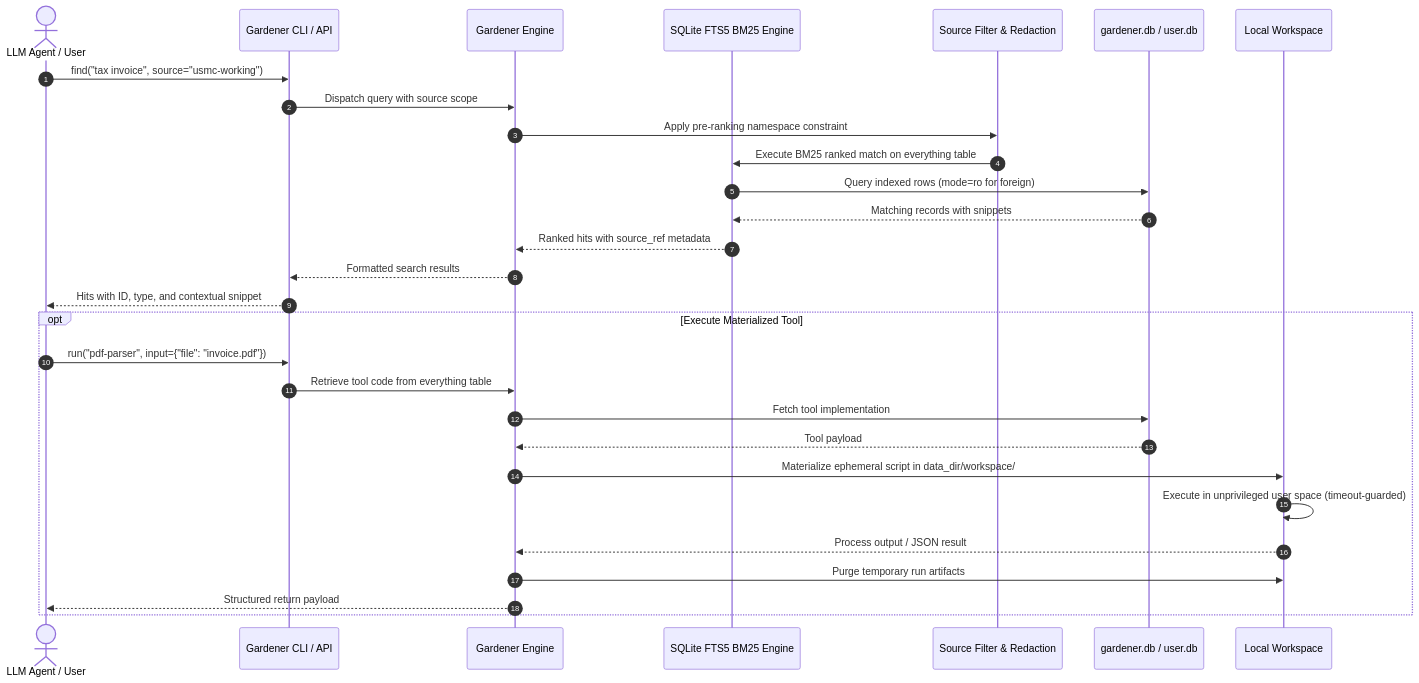
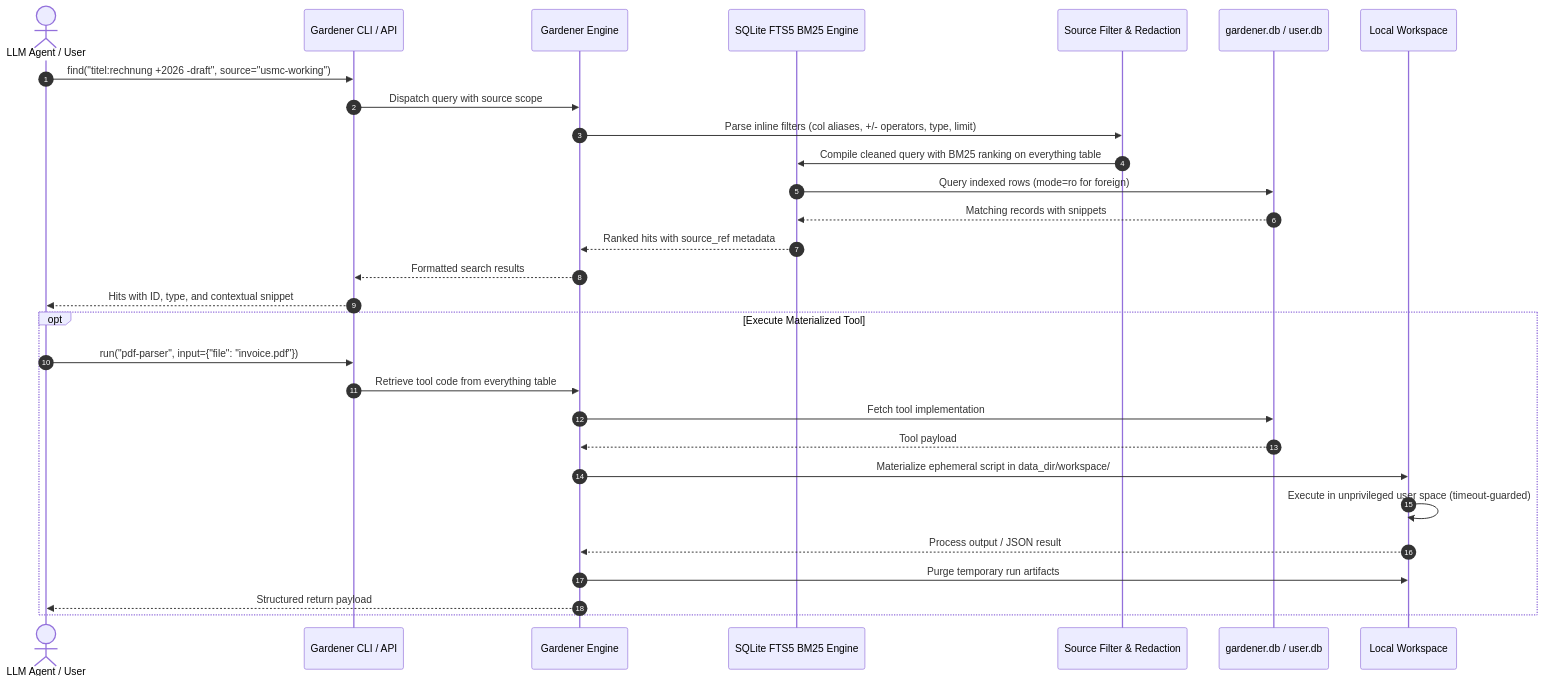
The second of 2 diagrams in README.md (ellmos-ai/GARDENER), drawn with Mermaid before and after one commit. The commit also changed other lines of this file and 4 other files, not shown here.

Commit message:
docs(marketing): Pfad B bilingual query syntax matrix, sequence diagram & 2026-11-02 badges currency

````diff
--- a/README.md
+++ b/README.md
@@ -252,33 +252,33 @@
 ```mermaid
 sequenceDiagram
     autonumber
     actor Agent as LLM Agent / User
     participant CLI as Gardener CLI / API
     participant Core as Gardener Engine
     participant FTS as SQLite FTS5 BM25 Engine
     participant Filter as Source Filter & Redaction
     participant DB as gardener.db / user.db
     participant WS as Local Workspace
 
-    Agent->>CLI: find("tax invoice", source="usmc-working")
+    Agent->>CLI: find("titel:rechnung +2026 -draft", source="usmc-working")
     CLI->>Core: Dispatch query with source scope
-    Core->>Filter: Apply pre-ranking namespace constraint
-    Filter->>FTS: Execute BM25 ranked match on everything table
+    Core->>Filter: Parse inline filters (col aliases, +/- operators, type, limit)
+    Filter->>FTS: Compile cleaned query with BM25 ranking on everything table
     FTS->>DB: Query indexed rows (mode=ro for foreign)
     DB-->>FTS: Matching records with snippets
     FTS-->>Core: Ranked hits with source_ref metadata
     Core-->>CLI: Formatted search results
     CLI-->>Agent: Hits with ID, type, and contextual snippet
 
     opt Execute Materialized Tool
         Agent->>CLI: run("pdf-parser", input={"file": "invoice.pdf"})
         CLI->>Core: Retrieve tool code from everything table
         Core->>DB: Fetch tool implementation
         DB-->>Core: Tool payload
         Core->>WS: Materialize ephemeral script in data_dir/workspace/
         WS->>WS: Execute in unprivileged user space (timeout-guarded)
         WS-->>Core: Process output / JSON result
         Core->>WS: Purge temporary run artifacts
         Core-->>Agent: Structured return payload
     end
 ```
````
